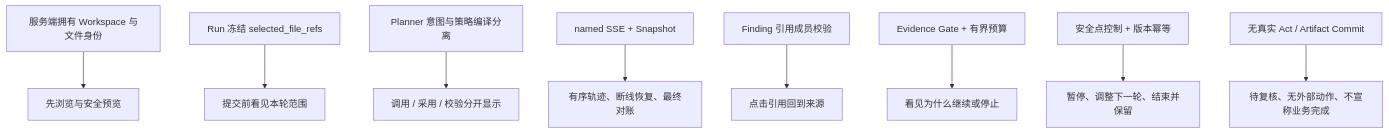
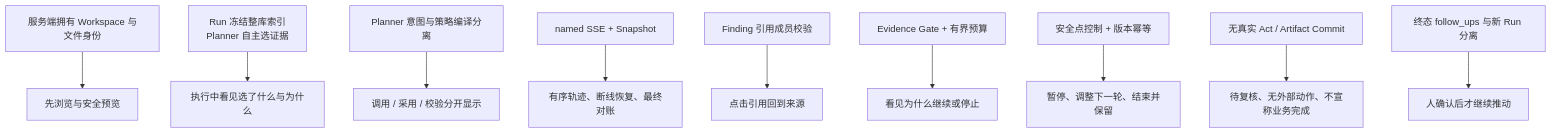
One commit to Dickey007s/lenovo_agent changed the fourth of 4 diagrams in docs/reports/OFFICE-AGENT-DETAILED-CHINESE-REPORT-20260825.md. Above: the diagram before and after it, drawn with Mermaid. The commit also changed other lines of this file and 19 other files, not shown here.

````diff
--- a/docs/reports/OFFICE-AGENT-DETAILED-CHINESE-REPORT-20260825.md
+++ b/docs/reports/OFFICE-AGENT-DETAILED-CHINESE-REPORT-20260825.md
@@ -603,11 +628,12 @@
 ```mermaid
 flowchart TB
     S1[服务端拥有 Workspace 与文件身份] --> U1[先浏览与安全预览]
-    S2[Run 冻结 selected_file_refs] --> U2[提交前看见本轮范围]
+    S2[Run 冻结整库索引<br/>Planner 自主选证据] --> U2[执行中看见选了什么与为什么]
     S3[Planner 意图与策略编译分离] --> U3[调用 / 采用 / 校验分开显示]
     S4[named SSE + Snapshot] --> U4[有序轨迹、断线恢复、最终对账]
     S5[Finding 引用成员校验] --> U5[点击引用回到来源]
     S6[Evidence Gate + 有界预算] --> U6[看见为什么继续或停止]
     S7[安全点控制 + 版本幂等] --> U7[暂停、调整下一轮、结束并保留]
     S8[无真实 Act / Artifact Commit] --> U8[待复核、无外部动作、不宣称业务完成]
+    S9[终态 follow_ups 与新 Run 分离] --> U9[人确认后才继续推动]
 ```
````
